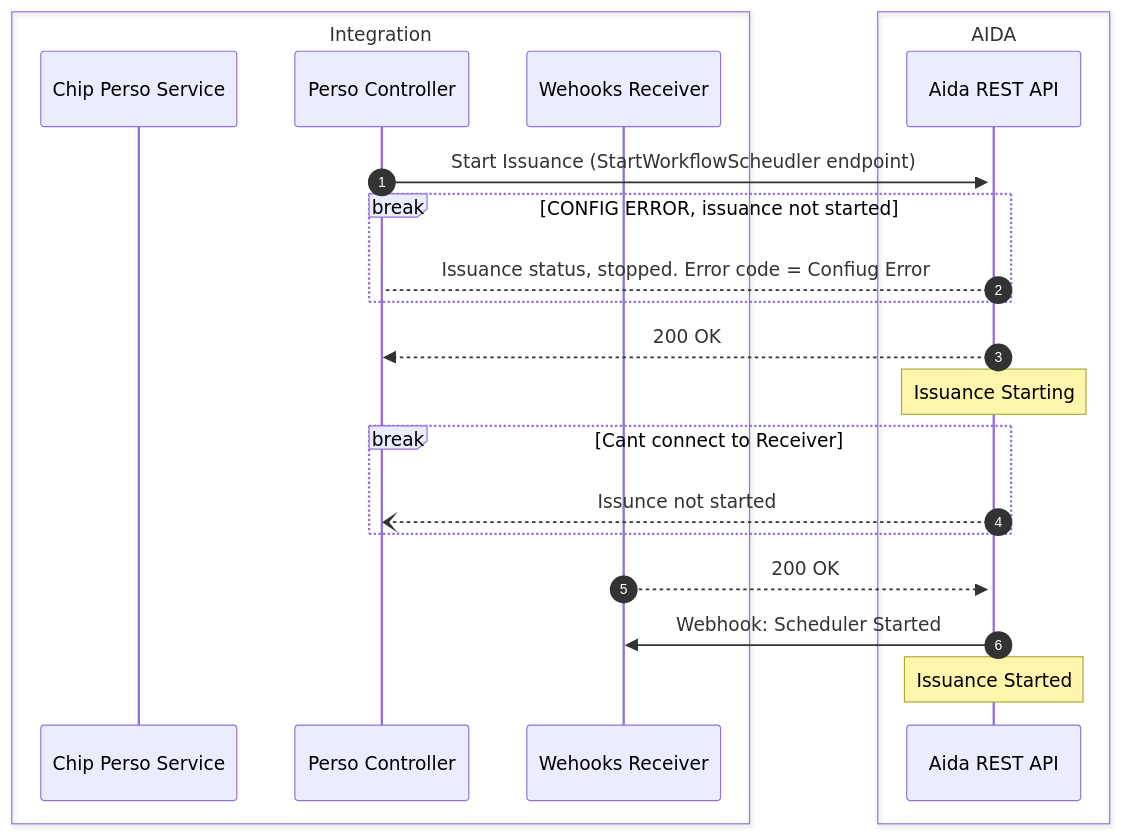
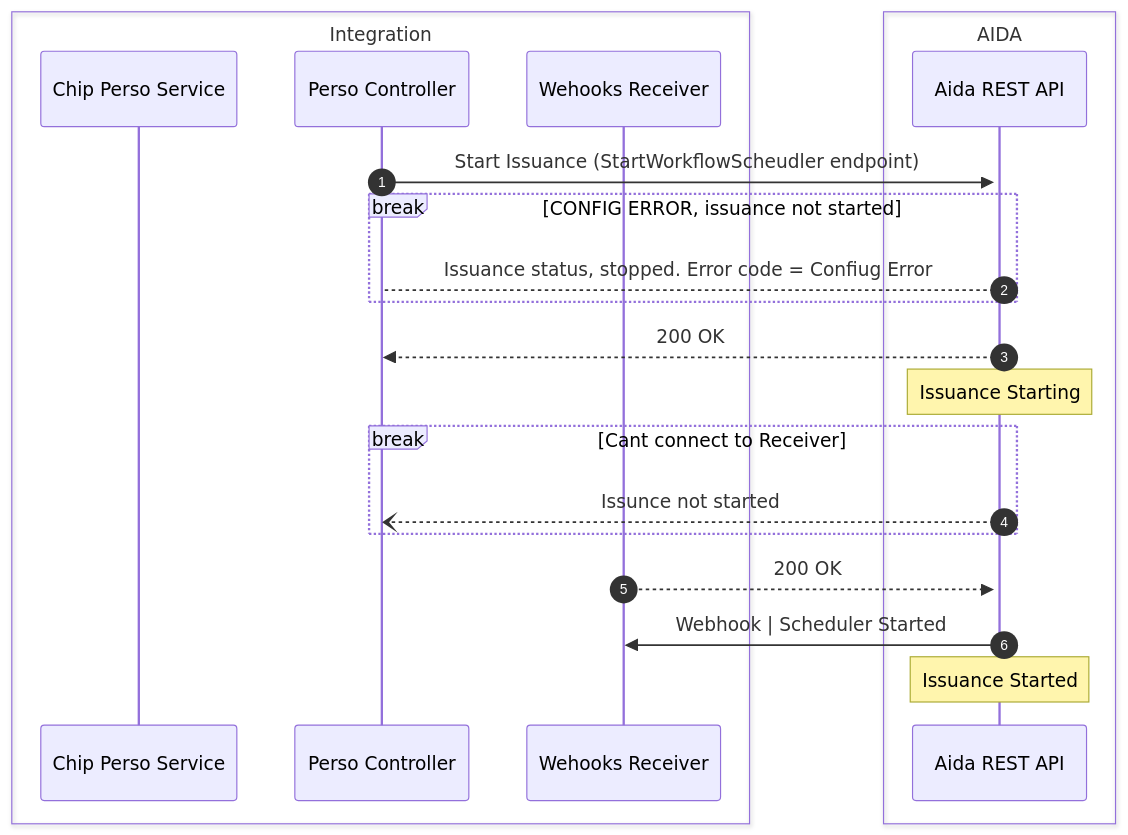
The first of 2 diagrams in webhooks-integration.md (ixla-dev/ixla-docs), drawn with Mermaid before and after one commit. The commit also changed other lines of this file, not shown here.

````diff
--- a/webhooks-integration.md
+++ b/webhooks-integration.md
@@ -612,31 +612,31 @@
 ```mermaid
 sequenceDiagram
     autonumber
 
     box Integration 
         participant c as Chip Perso Service
         participant p as Perso Controller
         participant w as Wehooks Receiver
     end
 
     box AIDA  
         participant a as Aida REST API
     end
     
     p ->>+  a : Start Issuance (StartWorkflowScheudler endpoint)
 
     break CONFIG ERROR, issuance not started
         a --> p : Issuance status, stopped. Error code = Confiug Error
     end
 
     a -->> p : 200 OK
     note over a: Issuance Starting
     
     break Cant connect to Receiver 
         a --) p: Issunce not started
     end
     w -->> a: 200 OK
-    a ->> w: Webhook: Scheduler Started
+    a ->> w: Webhook | Scheduler Started
 
     note over a: Issuance Started
 ```
````
